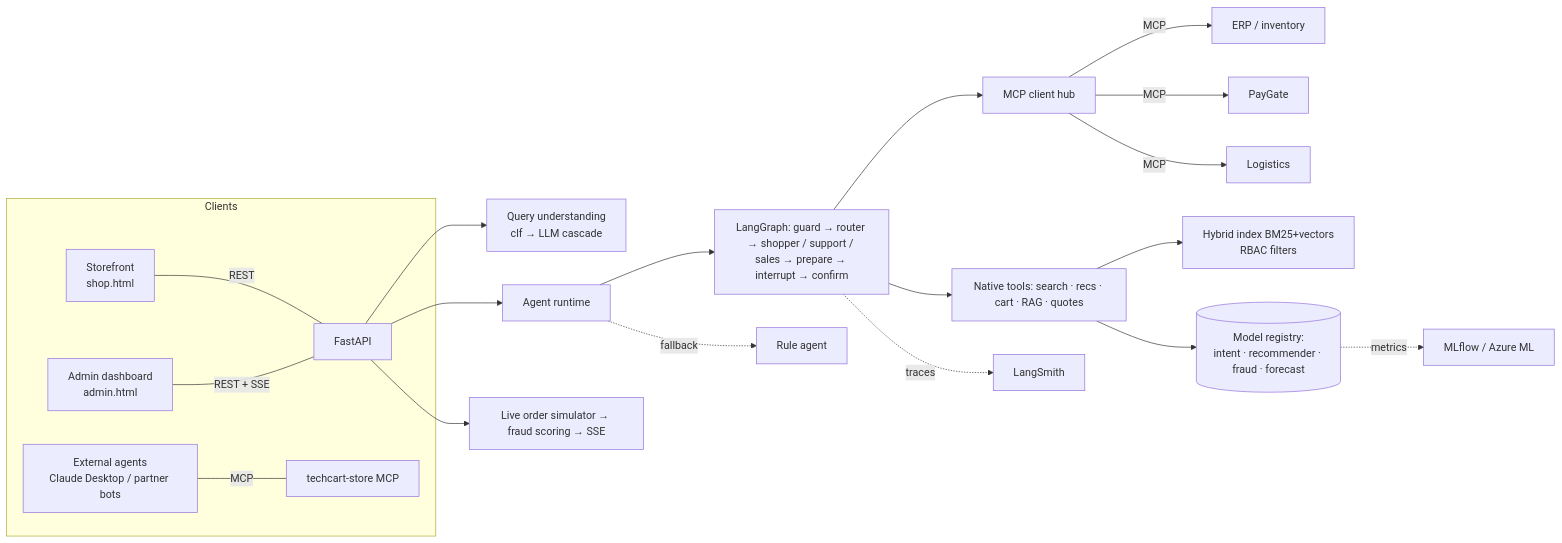
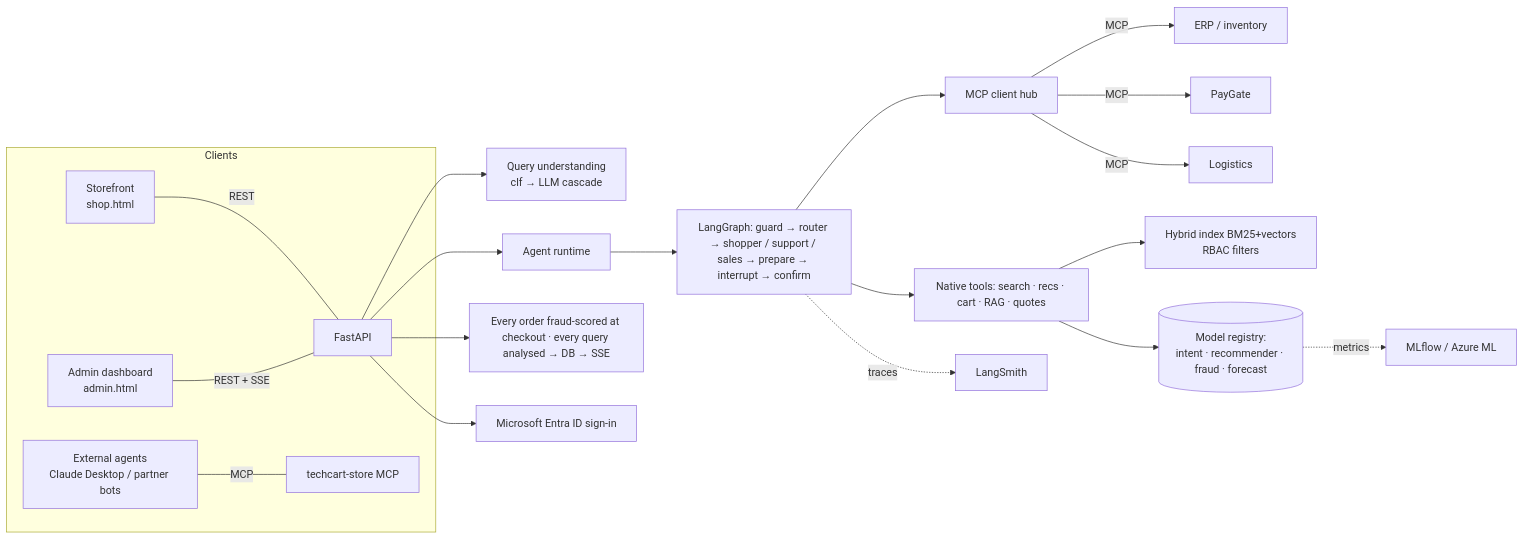
One commit to umair13adil/techcart-agentic-ai changed the diagram in README.md. Above: the diagram before and after it, drawn with Mermaid. The commit also changed other lines of this file and 36 other files, not shown here.

````diff
--- a/README.md
+++ b/README.md
@@ -16,22 +18,22 @@
 ```mermaid
 flowchart LR
   subgraph Clients
     S[Storefront<br/>shop.html] ---|REST| API
     A[Admin dashboard<br/>admin.html] ---|REST + SSE| API
     X[External agents<br/>Claude Desktop / partner bots] ---|MCP| TS[techcart-store MCP]
   end
   API[FastAPI] --> QU[Query understanding<br/>clf → LLM cascade]
   API --> RT[Agent runtime]
   RT --> G[LangGraph: guard → router → shopper / support / sales → prepare → interrupt → confirm]
-  RT -.fallback.-> RA[Rule agent]
   G --> T[Native tools: search · recs · cart · RAG · quotes]
   G --> HUB[MCP client hub]
   HUB -->|MCP| ERP[ERP / inventory]
   HUB -->|MCP| PAY[PayGate]
   HUB -->|MCP| LOG[Logistics]
   T --> RAG[Hybrid index BM25+vectors<br/>RBAC filters]
   T --> ML[(Model registry:<br/>intent · recommender · fraud · forecast)]
-  API --> SIM[Live order simulator → fraud scoring → SSE]
+  API --> EV[Every order fraud-scored at checkout · every query analysed → DB → SSE]
+  API --> ENTRA[Microsoft Entra ID sign-in]
   G -. traces .-> LS[LangSmith]
   ML -. metrics .-> MLF[MLflow / Azure ML]
 ```
````
